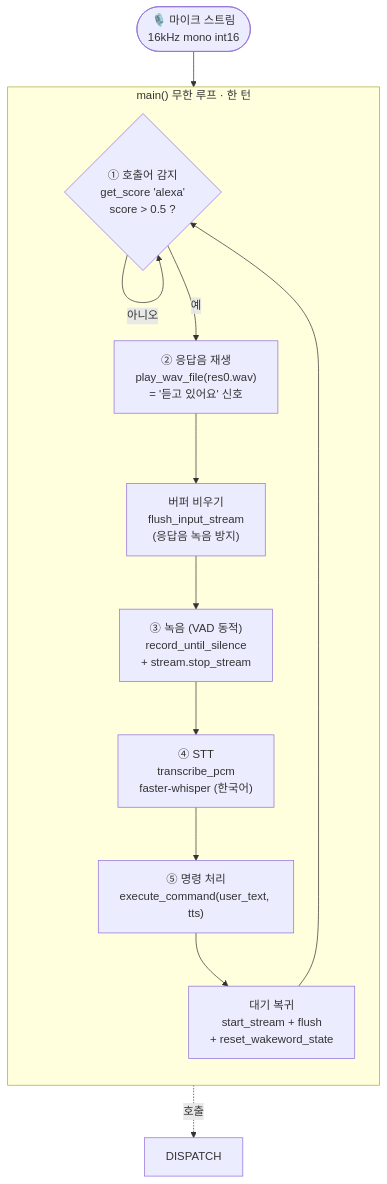
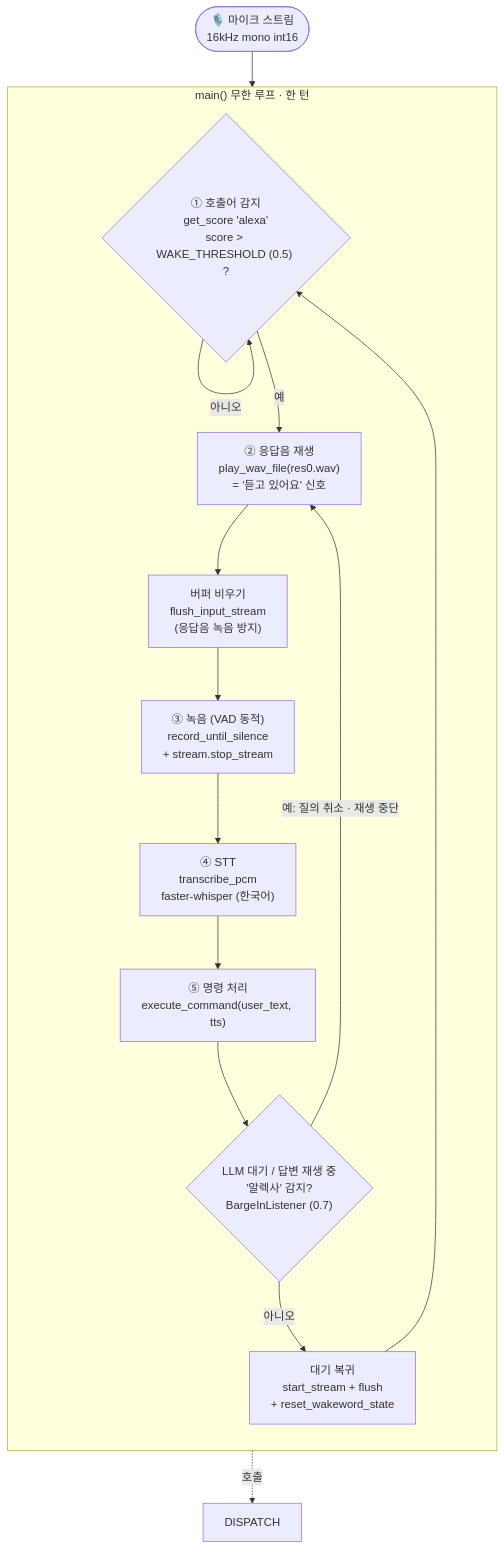
The first of 2 diagrams in README.md (kjcaway/home-bser), drawn with Mermaid before and after one commit. The commit also changed other lines of this file and 24 other files, not shown here.

First line of the commit message:
feat: barge-in during LLM wait and answer playback

````diff
--- a/README.md
+++ b/README.md
@@ -11,19 +11,21 @@
 ```mermaid
 flowchart TD
     MIC([🎙️ 마이크 스트림<br/>16kHz mono int16]) --> WAKE
 
     subgraph LOOP["main() 무한 루프 · 한 턴"]
         direction TB
-        WAKE{"① 호출어 감지<br/>get_score 'alexa'<br/>score &gt; 0.5 ?"}
+        WAKE{"① 호출어 감지<br/>get_score 'alexa'<br/>score &gt; WAKE_THRESHOLD (0.5) ?"}
         WAKE -->|아니오| WAKE
         WAKE -->|예| ACK["② 응답음 재생<br/>play_wav_file(res0.wav)<br/>= '듣고 있어요' 신호"]
         ACK --> FLUSH["버퍼 비우기<br/>flush_input_stream<br/>(응답음 녹음 방지)"]
         FLUSH --> REC["③ 녹음 (VAD 동적)<br/>record_until_silence<br/>+ stream.stop_stream"]
         REC --> STT["④ STT<br/>transcribe_pcm<br/>faster-whisper (한국어)"]
         STT --> EXEC["⑤ 명령 처리<br/>execute_command(user_text, tts)"]
-        EXEC --> RESET["대기 복귀<br/>start_stream + flush<br/>+ reset_wakeword_state"]
+        EXEC --> BARGE{"LLM 대기 / 답변 재생 중<br/>'알렉사' 감지?<br/>BargeInListener (0.7)"}
+        BARGE -->|"예: 질의 취소 · 재생 중단"| ACK
+        BARGE -->|아니오| RESET["대기 복귀<br/>start_stream + flush<br/>+ reset_wakeword_state"]
         RESET --> WAKE
     end
 
     EXEC -.호출.-> DISPATCH
 ```
````
